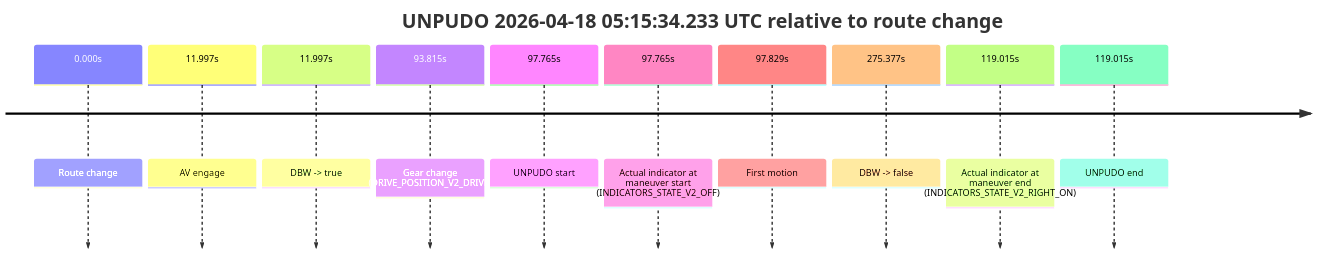
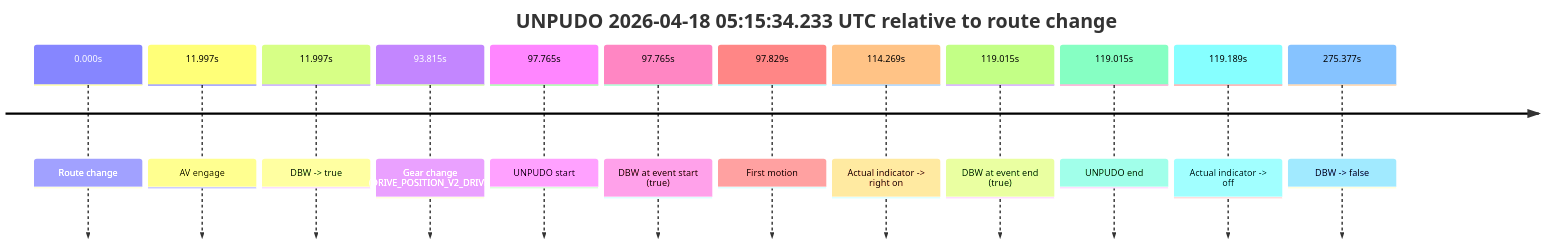
Before and after one commit to yoelshapiro/vault: the second of 2 diagrams in model_analysis/report_cards/2026/04/Week-3/fme10005--2026-04-18--03-53-08--gen2-av-80c1bd2f-a7a8-4fad-9a5d-1b2ba4fc802c.md, drawn with Mermaid. The commit also changed other lines of this file and 32 other files, not shown here.

````diff
--- a/model_analysis/report_cards/2026/04/Week-3/fme10005--2026-04-18--03-53-08--gen2-av-80c1bd2f-a7a8-4fad-9a5d-1b2ba4fc802c.md
+++ b/model_analysis/report_cards/2026/04/Week-3/fme10005--2026-04-18--03-53-08--gen2-av-80c1bd2f-a7a8-4fad-9a5d-1b2ba4fc802c.md
@@ -371,14 +134,16 @@
 ```mermaid
 timeline
     title UNPUDO 2026-04-18 05:15:34.233 UTC relative to route change
     0.000s : Route change
     11.997s : AV engage
     11.997s : DBW -> true
     93.815s : Gear change (DRIVE_POSITION_V2_DRIVE)
     97.765s : UNPUDO start
-    97.765s : Actual indicator at maneuver start (INDICATORS_STATE_V2_OFF)
+    97.765s : DBW at event start (true)
     97.829s : First motion
+    114.269s : Actual indicator -> right on
+    119.015s : DBW at event end (true)
+    119.015s : UNPUDO end
+    119.189s : Actual indicator -> off
     275.377s : DBW -> false
-    119.015s : Actual indicator at maneuver end (INDICATORS_STATE_V2_RIGHT_ON)
-    119.015s : UNPUDO end
 ```
````
